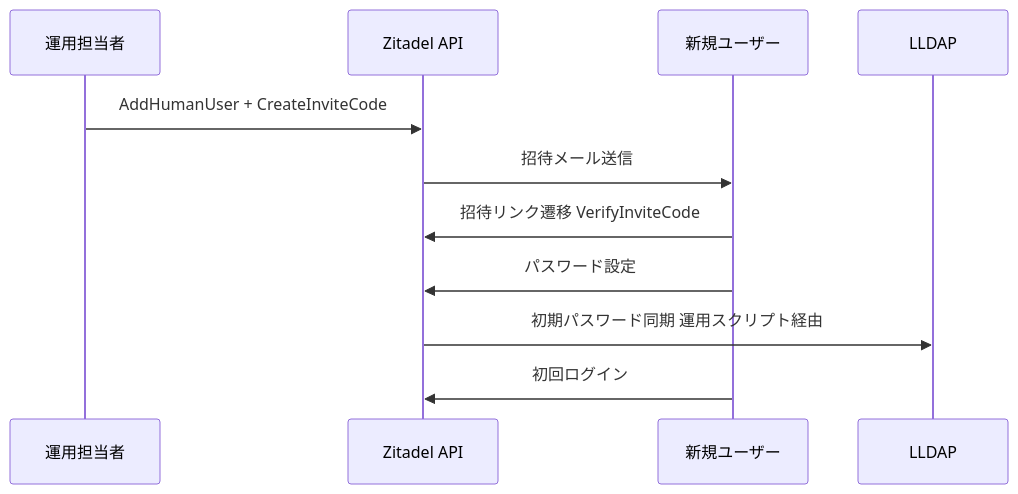
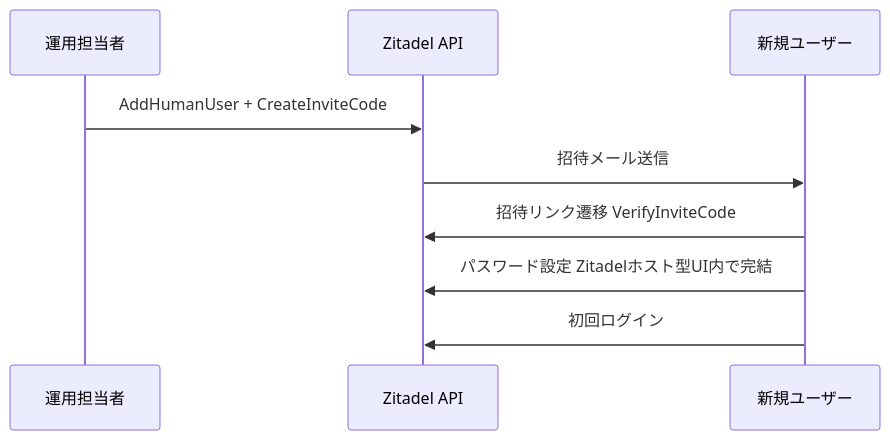
The third of 6 diagrams in .kiro/specs/idp-migration-zitadel/design.md (aramakisai/aramakisai-infra), drawn with Mermaid before and after one commit. The commit also changed other lines of this file and 3 other files, not shown here.

````diff
--- a/.kiro/specs/idp-migration-zitadel/design.md
+++ b/.kiro/specs/idp-migration-zitadel/design.md
@@ -165,14 +180,12 @@
 ```mermaid
 sequenceDiagram
     participant Admin as 運用担当者
     participant Zitadel as Zitadel API
     participant NewUser as 新規ユーザー
-    participant LLDAP
 
     Admin->>Zitadel: AddHumanUser + CreateInviteCode
     Zitadel->>NewUser: 招待メール送信
     NewUser->>Zitadel: 招待リンク遷移 VerifyInviteCode
-    NewUser->>Zitadel: パスワード設定
-    Zitadel->>LLDAP: 初期パスワード同期 運用スクリプト経由
+    NewUser->>Zitadel: パスワード設定 Zitadelホスト型UI内で完結
     NewUser->>Zitadel: 初回ログイン
 ```
````
